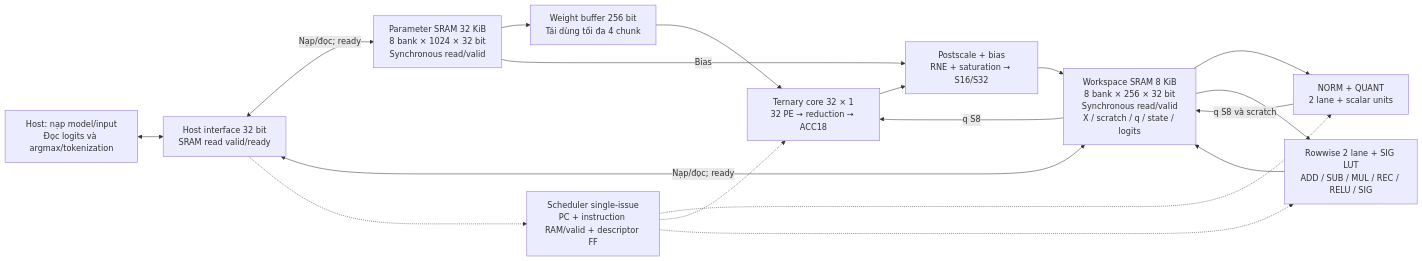
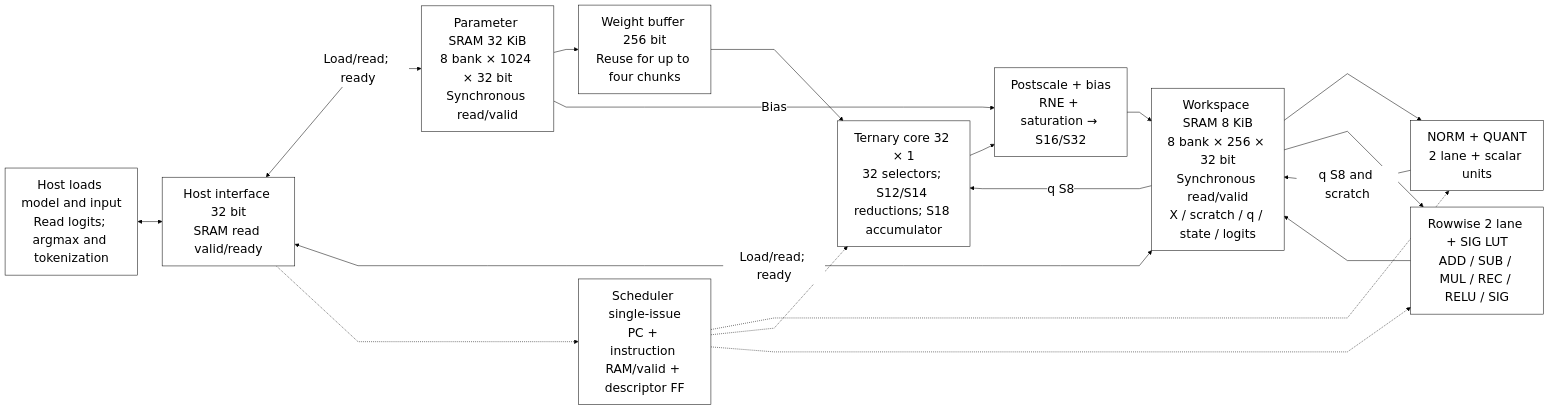
The diagram in docs/design/architecture.md (nguyennhutkhanhtom/NPU), drawn with Mermaid before and after one commit. The commit also changed other lines of this file and 102 other files, not shown here.

First line of the commit message:
docs: refresh guides and source-grounded RTL diagrams

````diff
--- a/docs/design/architecture.md
+++ b/docs/design/architecture.md
@@ -211,22 +215,25 @@
 ```mermaid
+%%{init: {"theme":"base","fontFamily":"Arial, sans-serif","themeVariables":{"fontSize":"24px","primaryColor":"#ffffff","primaryTextColor":"#000000","primaryBorderColor":"#000000","secondaryColor":"#ffffff","tertiaryColor":"#ffffff","lineColor":"#000000","textColor":"#000000","mainBkg":"#ffffff","nodeBorder":"#000000","clusterBkg":"#ffffff","clusterBorder":"#000000","edgeLabelBackground":"#ffffff"},"flowchart":{"htmlLabels":true,"useMaxWidth":false,"nodeSpacing":32,"rankSpacing":48,"curve":"linear","subGraphTitleMargin":{"top":16,"bottom":30}}}}%%
 flowchart LR
-    H["Host: nạp model/input<br/>Đọc logits và argmax/tokenization"]
+    H["Host loads model and input<br/>Read logits; argmax and tokenization"]
     I["Host interface 32 bit<br/>SRAM read valid/ready"]
     H <--> I
-    I <-->|"Nạp/đọc; ready"| W["Parameter SRAM 32 KiB<br/>8 bank × 1024 × 32 bit<br/>Synchronous read/valid"]
-    I <-->|"Nạp/đọc; ready"| S["Workspace SRAM 8 KiB<br/>8 bank × 256 × 32 bit<br/>Synchronous read/valid<br/>X / scratch / q / state / logits"]
+    I <-->|"Load/read; ready"| W["Parameter SRAM 32 KiB<br/>8 bank × 1024 × 32 bit<br/>Synchronous read/valid"]
+    I <-->|"Load/read; ready"| S["Workspace SRAM 8 KiB<br/>8 bank × 256 × 32 bit<br/>Synchronous read/valid<br/>X / scratch / q / state / logits"]
     S --> N["NORM + QUANT<br/>2 lane + scalar units"]
-    N -->|"q S8 và scratch"| S
-    S -->|"q S8"| T["Ternary core 32 × 1<br/>32 PE → reduction → ACC18"]
-    W --> B["Weight buffer 256 bit<br/>Tái dùng tối đa 4 chunk"]
+    N -->|"q S8 and scratch"| S
+    S -->|"q S8"| T["Ternary core 32 × 1<br/>32 selectors; S12/S14 reductions; S18 accumulator"]
+    W --> B["Weight buffer 256 bit<br/>Reuse for up to four chunks"]
     B --> T
     T --> R["Postscale + bias<br/>RNE + saturation → S16/S32"]
     W -->|"Bias"| R
     R --> S
     S --> V["Rowwise 2 lane + SIG LUT<br/>ADD / SUB / MUL / REC / RELU / SIG"]
     V --> S
     C["Scheduler single-issue<br/>PC + instruction RAM/valid + descriptor FF"] -.-> N
     C -.-> T
     C -.-> V
     I -.-> C
+    classDef default fill:white,stroke:black,color:black,font-size:24px;
+    linkStyle default stroke:black,color:black;
 ```
````
